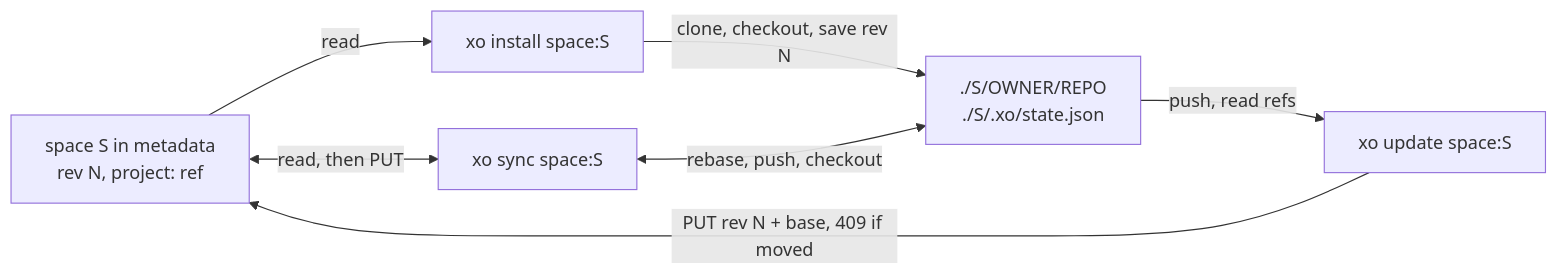
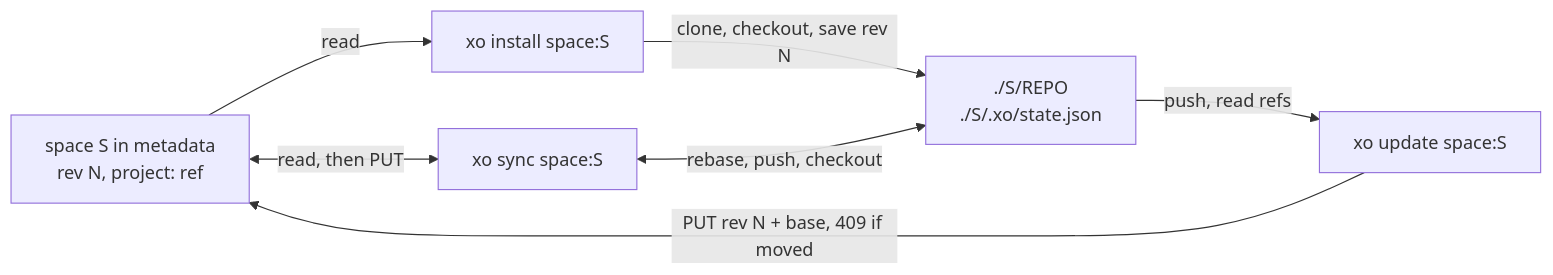
One commit to quirq-ai/xo changed diagram 31 of 31 in docs/architecture.md. Above: the diagram before and after it, drawn with Mermaid. The commit also changed other lines of this file and 11 other files, not shown here.

````diff
--- a/docs/architecture.md
+++ b/docs/architecture.md
@@ -645,8 +679,8 @@
 ```mermaid
 flowchart LR
   meta[space S in metadata<br/>rev N, project: ref]
-  local[./S/OWNER/REPO<br/>./S/.xo/state.json]
+  local[./S/REPO<br/>./S/.xo/state.json]
   meta -- read --> install[xo install space:S] -- clone, checkout, save rev N --> local
   local -- push, read refs --> update[xo update space:S] -- PUT rev N + base, 409 if moved --> meta
   meta <-- read, then PUT --> sync[xo sync space:S] <-- rebase, push, checkout --> local
 ```
````
